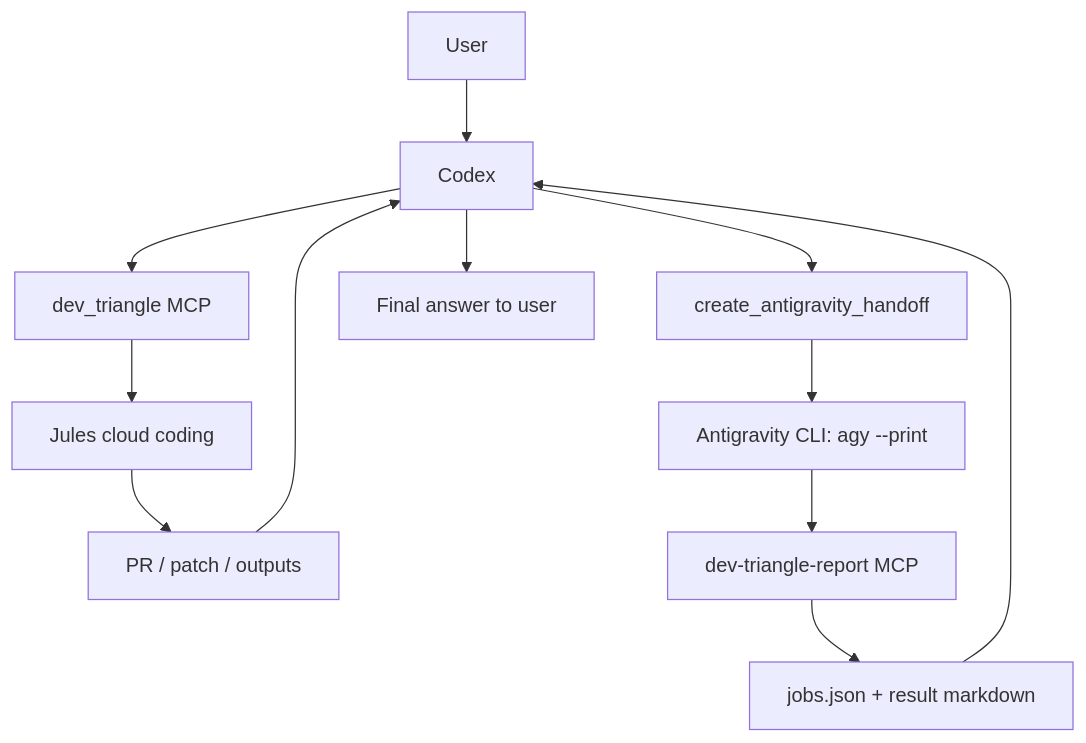
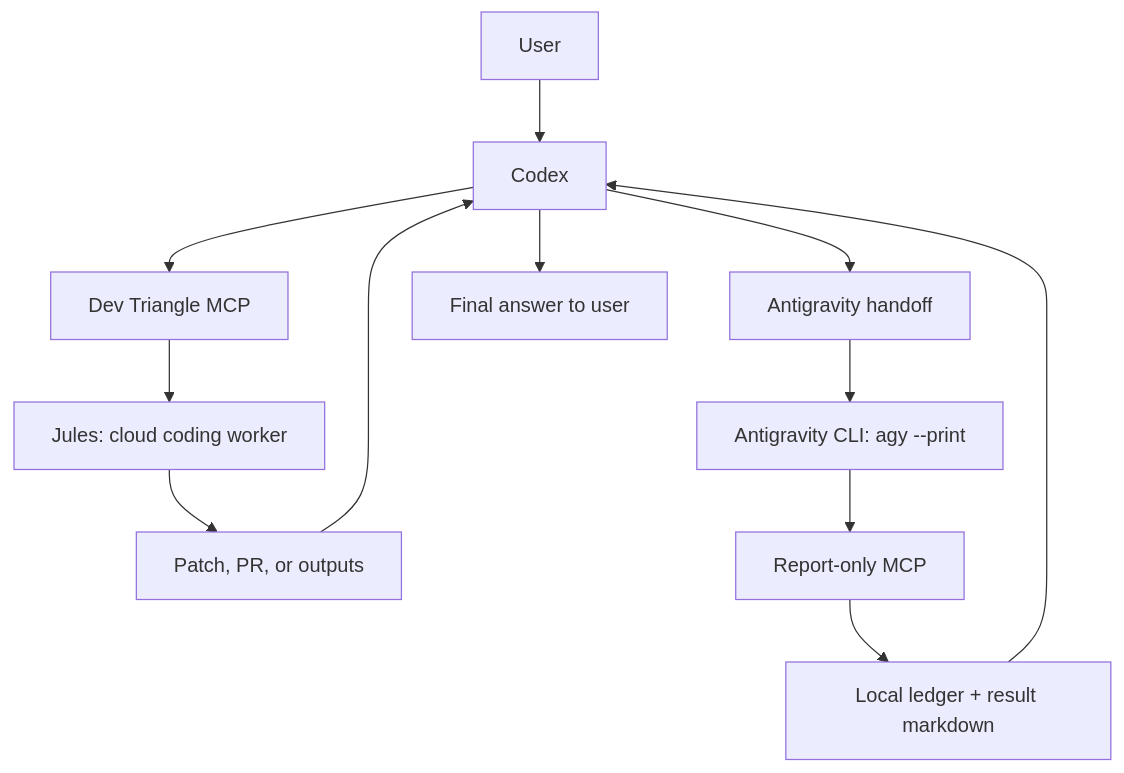
One commit to SpadesZ/dev-triangle-mcp changed the diagram in README.md. Above: the diagram before and after it, drawn with Mermaid. The commit also changed other lines of this file and 10 other files, not shown here.

````diff
--- a/README.md
+++ b/README.md
@@ -95,14 +59,14 @@
 ```mermaid
 flowchart TD
   U["User"] --> C["Codex"]
-  C --> M["dev_triangle MCP"]
-  M --> J["Jules cloud coding"]
-  J --> O["PR / patch / outputs"]
+  C --> M["Dev Triangle MCP"]
+  M --> J["Jules: cloud coding worker"]
+  J --> O["Patch, PR, or outputs"]
   O --> C
-  C --> H["create_antigravity_handoff"]
+  C --> H["Antigravity handoff"]
   H --> A["Antigravity CLI: agy --print"]
-  A --> R["dev-triangle-report MCP"]
-  R --> L["jobs.json + result markdown"]
+  A --> R["Report-only MCP"]
+  R --> L["Local ledger + result markdown"]
   L --> C
   C --> F["Final answer to user"]
 ```
````
